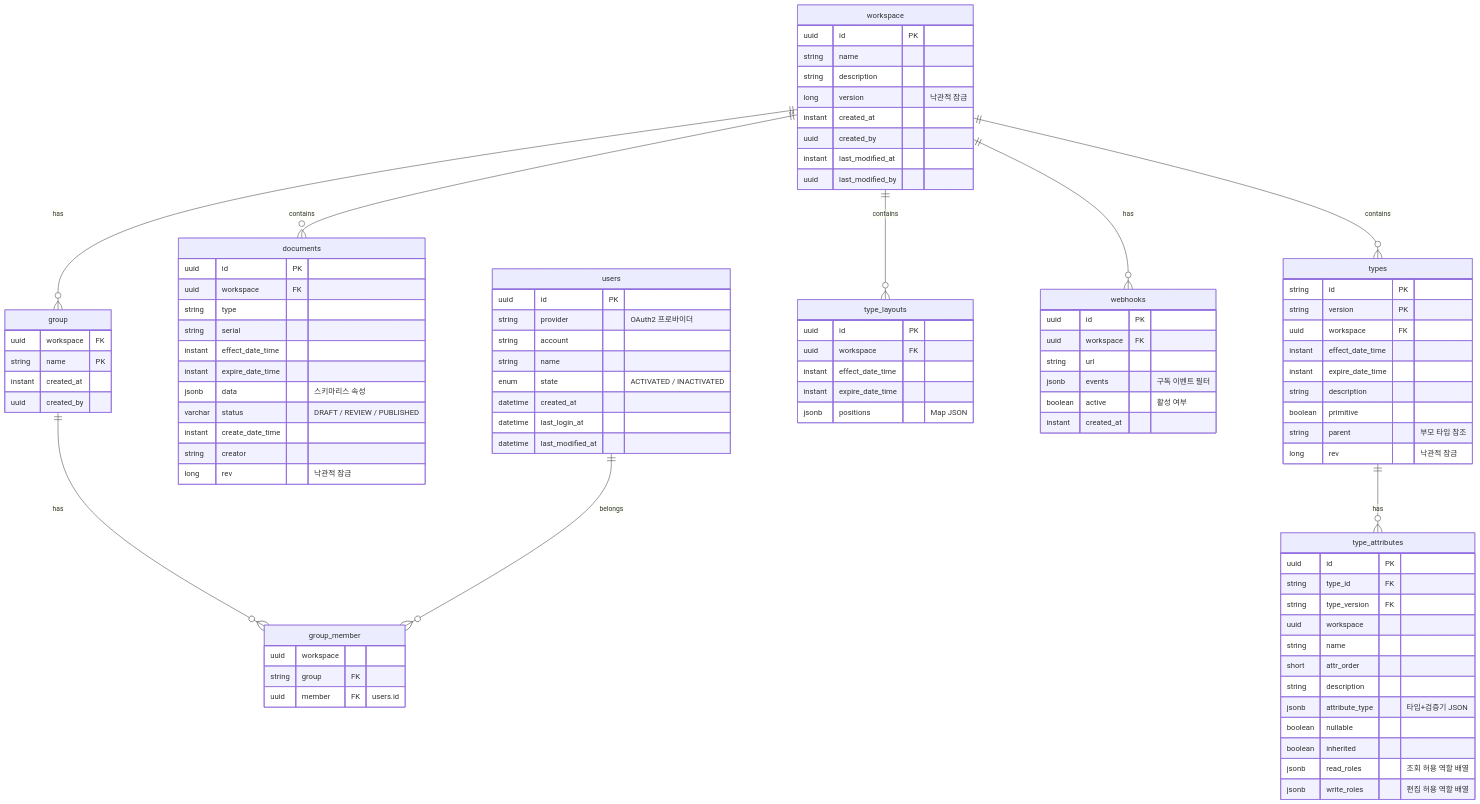
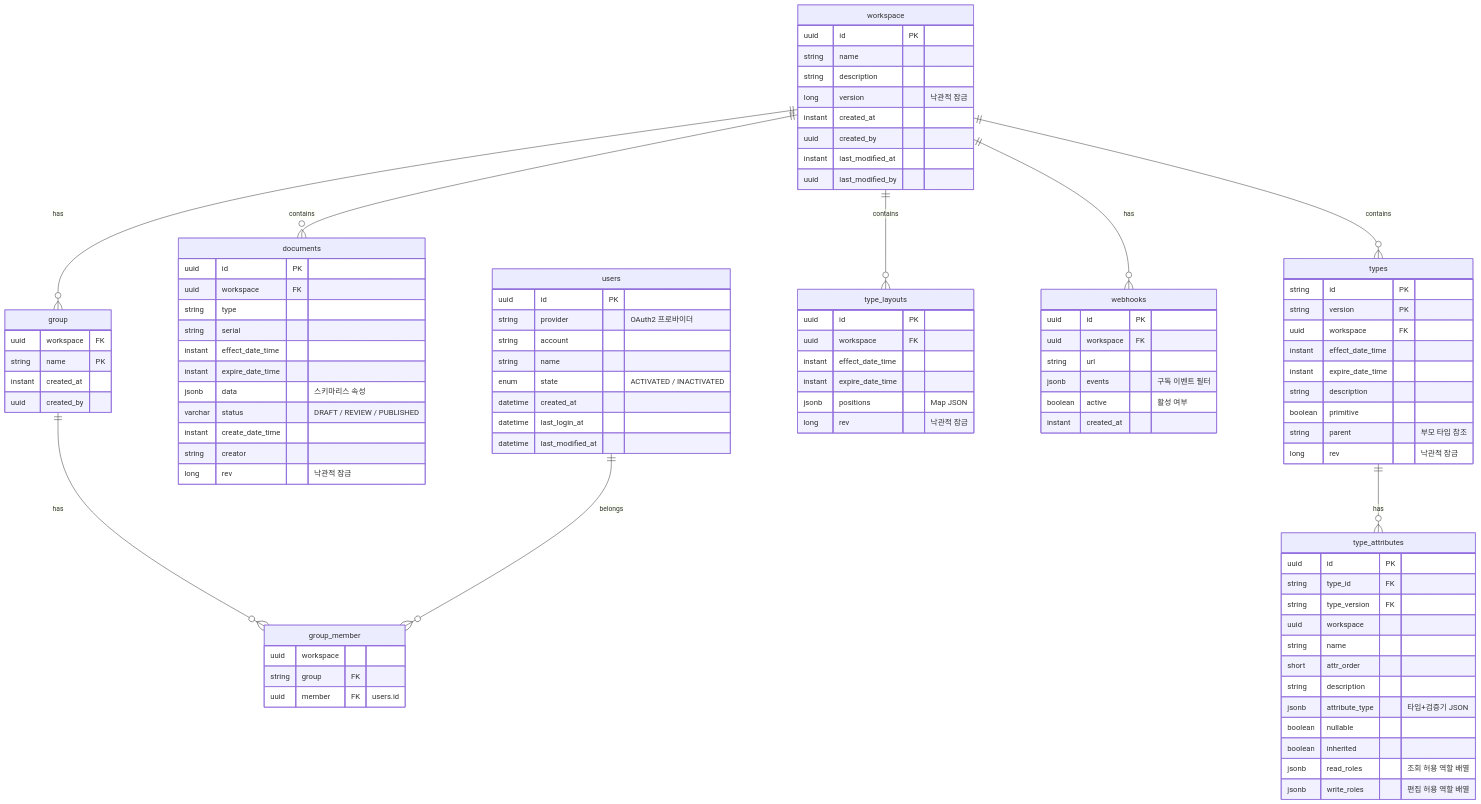
One commit to sayaya1090/handbook changed the diagram in docs/database-schema.md. Above: the diagram before and after it, drawn with Mermaid. The commit also changed 3 other files, not shown here.

First line of the commit message:
fix(schema): 레이아웃 저장 실패 및 데이터 소실 해결

```diff
--- a/docs/database-schema.md
+++ b/docs/database-schema.md
@@ -73,6 +73,7 @@
         instant effect_date_time
         instant expire_date_time
         jsonb positions "Map<typeKey, Position> JSON"
+        long rev "낙관적 잠금"
     }
 
     users {
```
